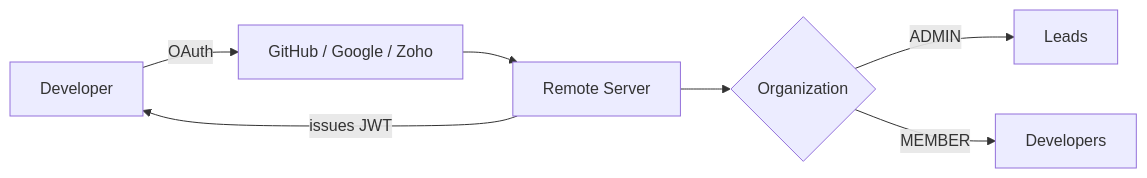
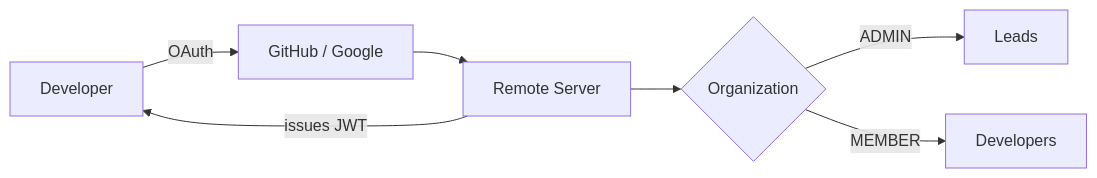
The second of 4 diagrams in SYSTEM_DESIGN.md (sakib3001/rok-vibe-kanban-team), drawn with Mermaid before and after one commit. The commit also changed other lines of this file and 7 other files, not shown here.

First line of the commit message:
docs: drop Zoho OAuth from deployment docs

````diff
--- a/SYSTEM_DESIGN.md
+++ b/SYSTEM_DESIGN.md
@@ -135,9 +135,9 @@
 ```mermaid
 flowchart LR
-  user[Developer] -->|OAuth| provider[GitHub / Google / Zoho]
+  user[Developer] -->|OAuth| provider[GitHub / Google]
   provider --> remote[Remote Server]
   remote -->|issues JWT| user
   remote --> org{Organization}
   org -->|ADMIN| admins[Leads]
   org -->|MEMBER| devs[Developers]
 ```
````
